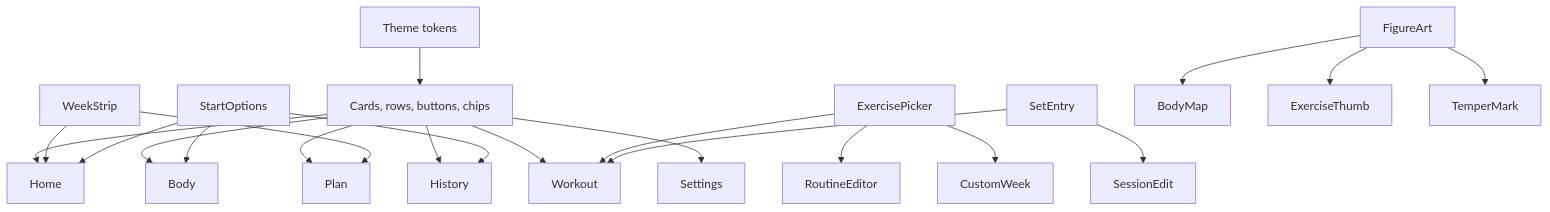
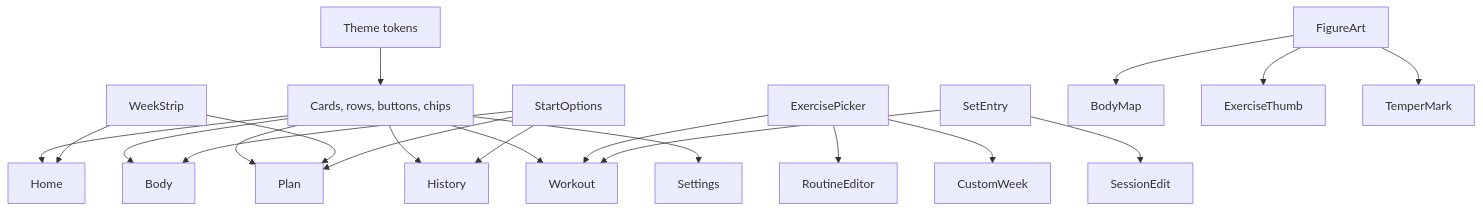
One commit to sinura7/PersonalTrainer changed the diagram in docs/foundation-audit/components-and-design.md. Above: the diagram before and after it, drawn with Mermaid. The commit also changed 26 other files, not shown here.

First line of the commit message:
Start today's plan from the sheet and speak lifts not Planned

````diff
--- a/docs/foundation-audit/components-and-design.md
+++ b/docs/foundation-audit/components-and-design.md
@@ -294,23 +294,23 @@
 ```mermaid
 flowchart TD
     Tokens[Theme tokens] --> Surfaces[Cards, rows, buttons, chips]
     Surfaces --> Home
     Surfaces --> Body
     Surfaces --> Plan
     Surfaces --> History
     Surfaces --> Workout
     Surfaces --> Settings
     WeekStrip --> Home
     WeekStrip --> Plan
     ExercisePicker --> Workout
     ExercisePicker --> RoutineEditor
     ExercisePicker --> CustomWeek
-    StartOptions --> Home
     StartOptions --> Body
     StartOptions --> History
+    StartOptions --> Plan
     SetEntry --> Workout
     SetEntry --> SessionEdit
     FigureArt --> BodyMap
     FigureArt --> ExerciseThumb
     FigureArt --> TemperMark
 ```
````
